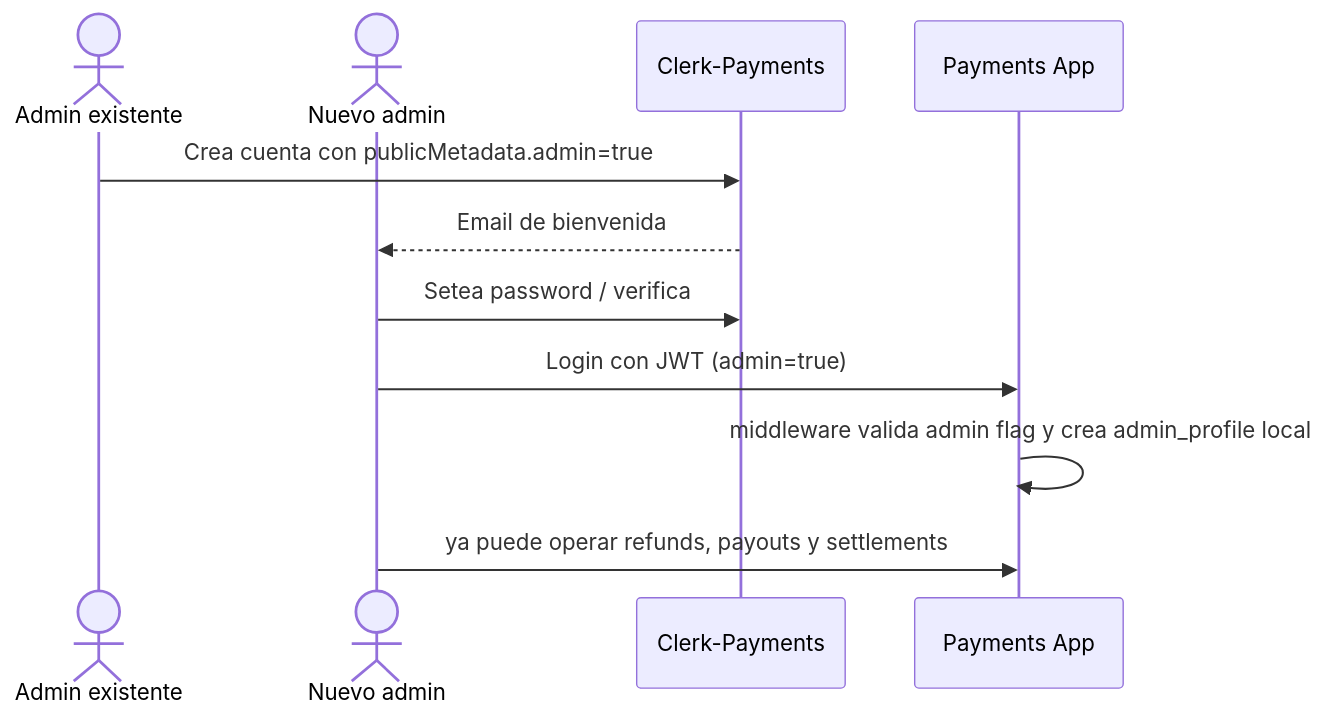
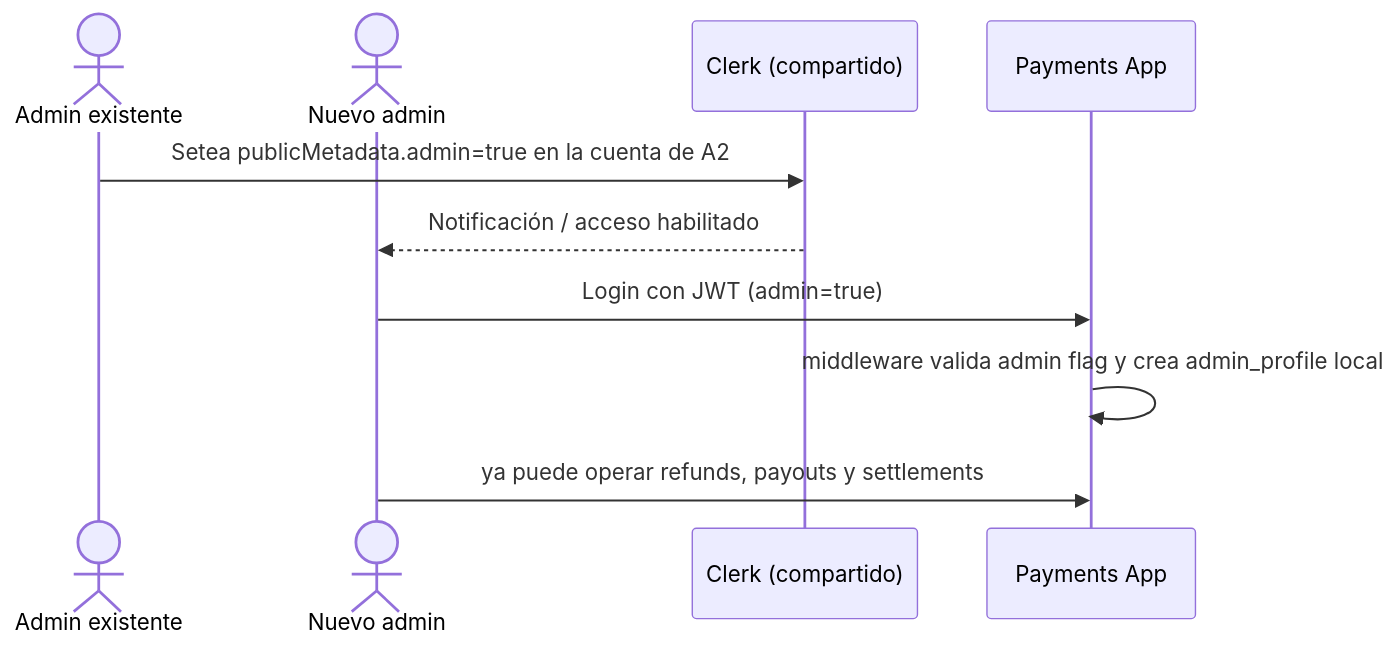
The fourth of 4 diagrams in docs/05-usuarios.md (IAW-2026/proyecto-c-seller-bicimarket), drawn with Mermaid before and after one commit. The commit also changed other lines of this file and 9 other files, not shown here.

````diff
--- a/docs/05-usuarios.md
+++ b/docs/05-usuarios.md
@@ -152,14 +166,13 @@
 ```mermaid
 sequenceDiagram
     actor A1 as Admin existente
     actor A2 as Nuevo admin
-    participant CP as Clerk-Payments
+    participant CL as Clerk (compartido)
     participant P as Payments App
 
-    A1->>CP: Crea cuenta con publicMetadata.admin=true
-    CP-->>A2: Email de bienvenida
-    A2->>CP: Setea password / verifica
+    A1->>CL: Setea publicMetadata.admin=true en la cuenta de A2
+    CL-->>A2: Notificación / acceso habilitado
     A2->>P: Login con JWT (admin=true)
     P->>P: middleware valida admin flag y crea admin_profile local
     A2->>P: ya puede operar refunds, payouts y settlements
 ```
````
